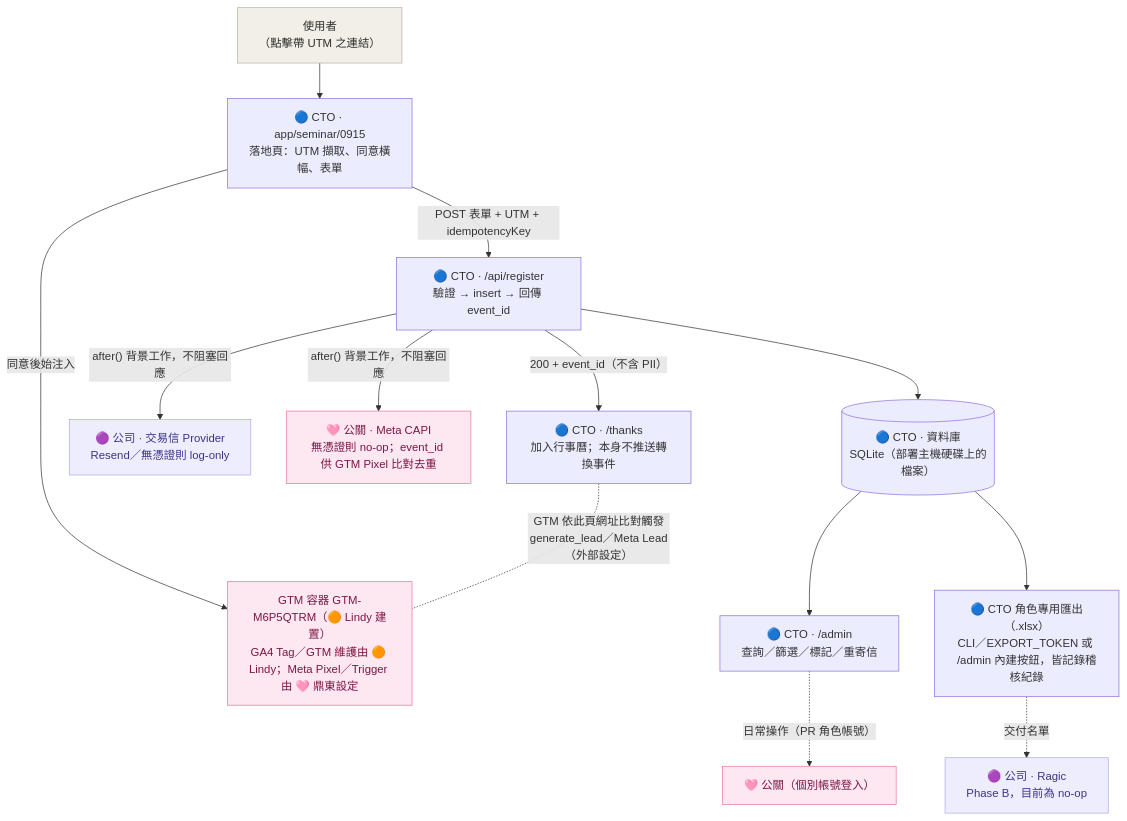
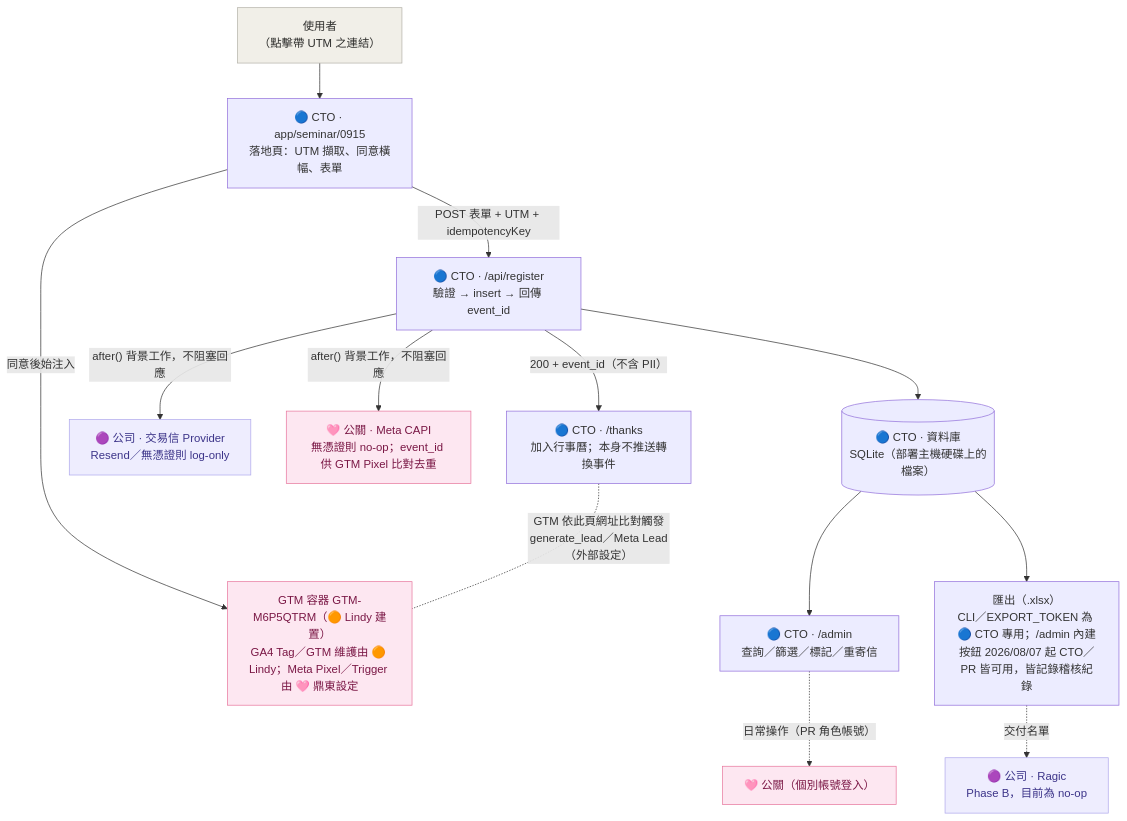
Before and after one commit to cawu-ii/agatha-seminar-0915: the diagram in README.md, drawn with Mermaid. The commit also changed other lines of this file and 12 other files, not shown here.

````diff
--- a/README.md
+++ b/README.md
@@ -107,20 +108,20 @@
 ```mermaid
 flowchart TD
   U["使用者<br/>（點擊帶 UTM 之連結）"]:::ext
   U --> LP["🔵 CTO · app/seminar/0915<br/>落地頁：UTM 擷取、同意橫幅、表單"]
   LP -->|"同意後始注入"| GTM["GTM 容器 GTM-M6P5QTRM（🟠 Lindy 建置）<br/>GA4 Tag／GTM 維護由 🟠 Lindy；Meta Pixel／Trigger 由 🩷 鼎東設定"]:::pr
   LP -->|"POST 表單 + UTM + idempotencyKey"| API["🔵 CTO · /api/register<br/>驗證 → insert → 回傳 event_id"]
   API --> DB[("🔵 CTO · 資料庫<br/>SQLite（部署主機硬碟上的檔案）")]
   API -->|"after() 背景工作，不阻塞回應"| MAIL["🟣 公司 · 交易信 Provider<br/>Resend／無憑證則 log-only"]:::company
   API -->|"after() 背景工作，不阻塞回應"| META["🩷 公關 · Meta CAPI<br/>無憑證則 no-op；event_id 供 GTM Pixel 比對去重"]:::pr
   API -->|"200 + event_id（不含 PII）"| THX["🔵 CTO · /thanks<br/>加入行事曆；本身不推送轉換事件"]
   THX -.-|"GTM 依此頁網址比對觸發<br/>generate_lead／Meta Lead（外部設定）"| GTM
   DB --> ADMIN["🔵 CTO · /admin<br/>查詢／篩選／標記／重寄信"]
   ADMIN -.日常操作（PR 角色帳號）.-> PRUSER["🩷 公關（個別帳號登入）"]:::pr
-  DB --> EXPORT["🔵 CTO 角色專用匯出（.xlsx）<br/>CLI／EXPORT_TOKEN 或 /admin 內建按鈕，皆記錄稽核紀錄"]
+  DB --> EXPORT["匯出（.xlsx）<br/>CLI／EXPORT_TOKEN 為 🔵 CTO 專用；/admin 內建按鈕 2026/08/07 起 CTO／PR 皆可用，皆記錄稽核紀錄"]
   EXPORT -.交付名單.-> RAGIC["🟣 公司 · Ragic<br/>Phase B，目前為 no-op"]:::company
 
   classDef ext fill:#F1EFE8,stroke:#B4B2A9,color:#2C2C2A;
   classDef pr fill:#FDE7F1,stroke:#E8779E,color:#7A1745;
   classDef company fill:#EEEDFE,stroke:#AFA9EC,color:#3C3489;
 ```
````
